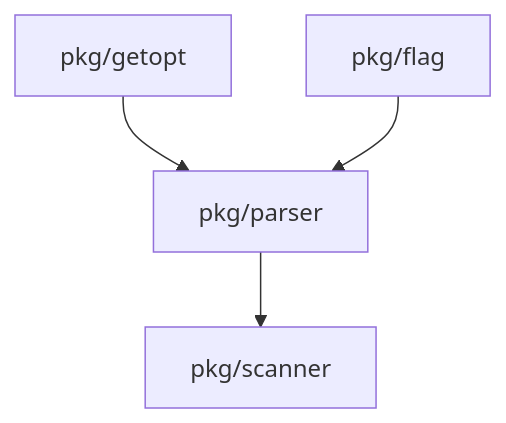
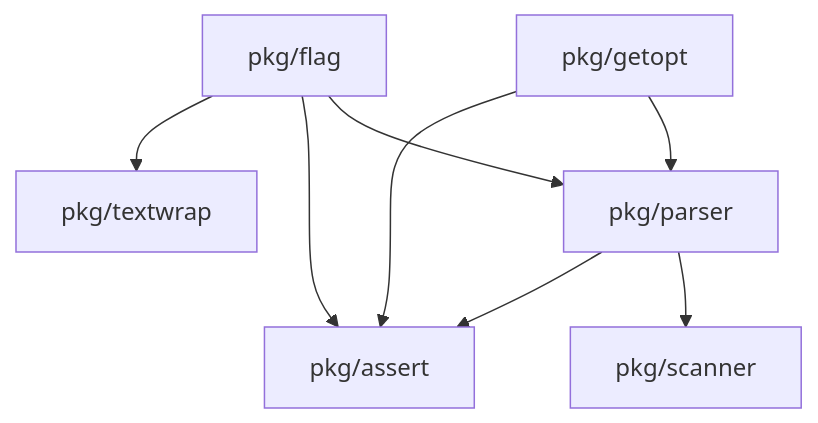
Before and after one commit to bassosimone/clip: the diagram in README.md, drawn with Mermaid. The commit also changed other lines of this file, not shown here.

Commit message:
doc(README.md): document textwrap and assert

````diff
--- a/README.md
+++ b/README.md
@@ -98,11 +98,17 @@
 ```mermaid
 flowchart TD
+    assert[pkg/assert]
     getopt[pkg/getopt]
     flag[pkg/flag]
     parser[pkg/parser]
     scanner[pkg/scanner]
+    textwrap[pkg/textwrap]
 
     getopt --> parser
     flag --> parser
     parser --> scanner
+    flag --> assert
+    getopt --> assert
+    parser --> assert
+    flag --> textwrap
 ```
````
